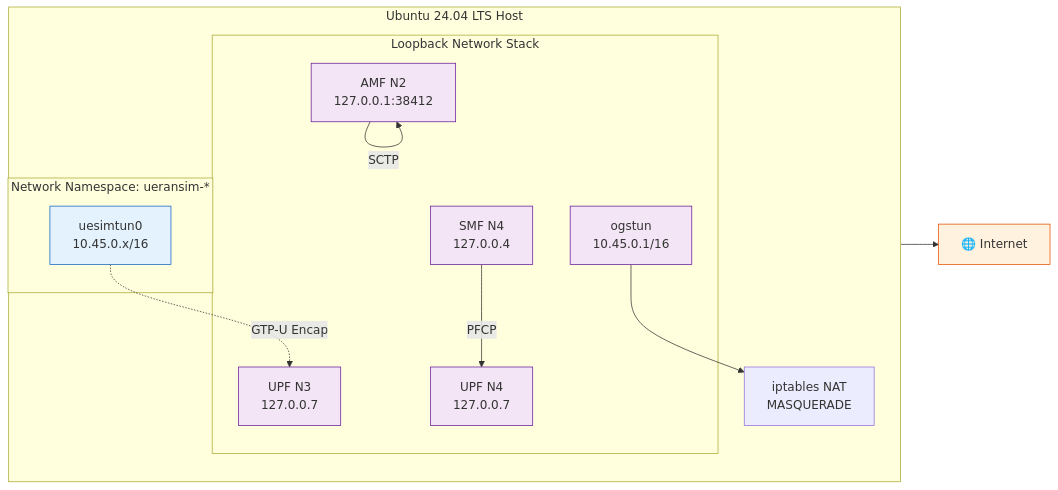
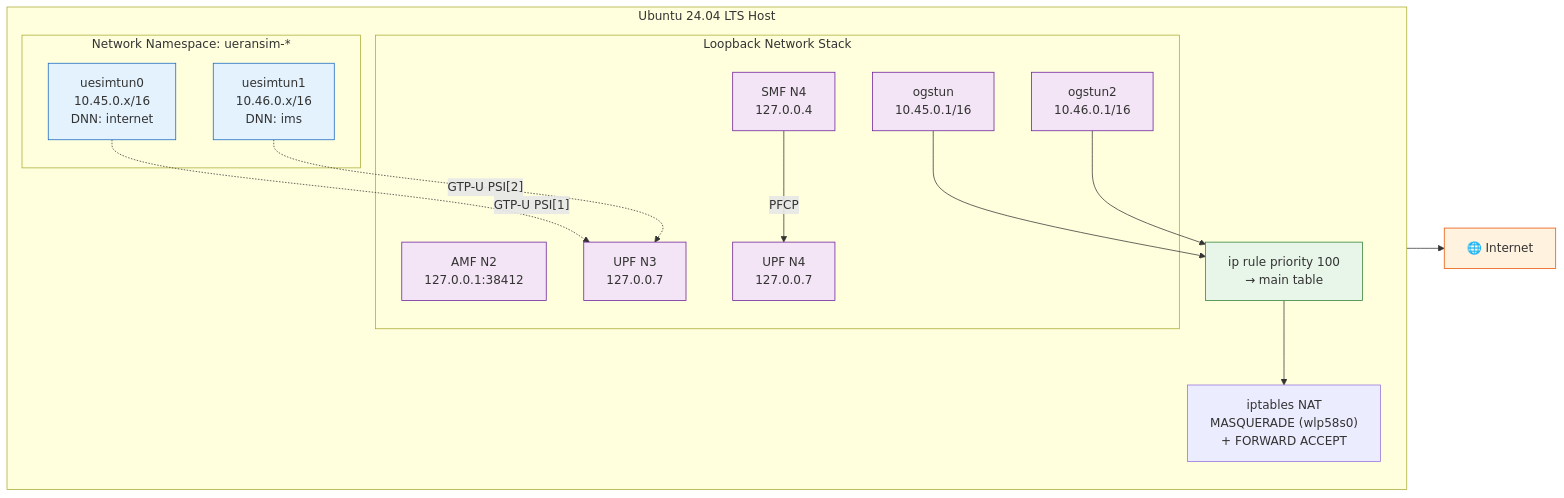
One commit to khattabpi/Open-Telecom-Lab changed the third of 4 diagrams in README.md. Above: the diagram before and after it, drawn with Mermaid. The commit also changed other lines of this file, not shown here.

````diff
--- a/README.md
+++ b/README.md
@@ -388,36 +426,43 @@
 ```mermaid
 graph LR
     subgraph HOST ["Ubuntu 24.04 LTS Host"]
         direction TB
 
         subgraph NS_UE ["Network Namespace: ueransim-*"]
-            TUN[uesimtun0<br/>10.45.0.x/16]
+            TUN0[uesimtun0<br/>10.45.0.x/16<br/>DNN: internet]
+            TUN1[uesimtun1<br/>10.46.0.x/16<br/>DNN: ims]
         end
 
         subgraph CORE_NET ["Loopback Network Stack"]
             AMF_N["AMF N2<br/>127.0.0.1:38412"]
             UPF_N3["UPF N3<br/>127.0.0.7"]
             UPF_N4["UPF N4<br/>127.0.0.7"]
             SMF_N4["SMF N4<br/>127.0.0.4"]
             OGSTUN["ogstun<br/>10.45.0.1/16"]
+            OGSTUN2["ogstun2<br/>10.46.0.1/16"]
         end
 
-        IPTABLES["iptables NAT<br/>MASQUERADE"]
+        IPTABLES["iptables NAT<br/>MASQUERADE (wlp58s0)<br/>+ FORWARD ACCEPT"]
+        IPRULE["ip rule priority 100<br/>→ main table"]
     end
 
     INTERNET["🌐 Internet"]
 
-    TUN -.->|"GTP-U Encap"| UPF_N3
-    AMF_N -->|"SCTP"| AMF_N
+    TUN0 -.->|"GTP-U PSI[1]"| UPF_N3
+    TUN1 -.->|"GTP-U PSI[2]"| UPF_N3
     SMF_N4 -->|"PFCP"| UPF_N4
-    OGSTUN --> IPTABLES
+    OGSTUN --> IPRULE
+    OGSTUN2 --> IPRULE
+    IPRULE --> IPTABLES
     IPTABLES --> INTERNET
 
     classDef ns fill:#E3F2FD,stroke:#1565C0
     classDef core fill:#F3E5F5,stroke:#6A1B9A
     classDef ext fill:#FFF3E0,stroke:#E65100
+    classDef fix fill:#E8F5E9,stroke:#2E7D32
 
-    class TUN ns
-    class AMF_N,UPF_N3,UPF_N4,SMF_N4,OGSTUN core
+    class TUN0,TUN1 ns
+    class AMF_N,UPF_N3,UPF_N4,SMF_N4,OGSTUN,OGSTUN2 core
     class INTERNET ext
+    class IPRULE fix
 ```
````
